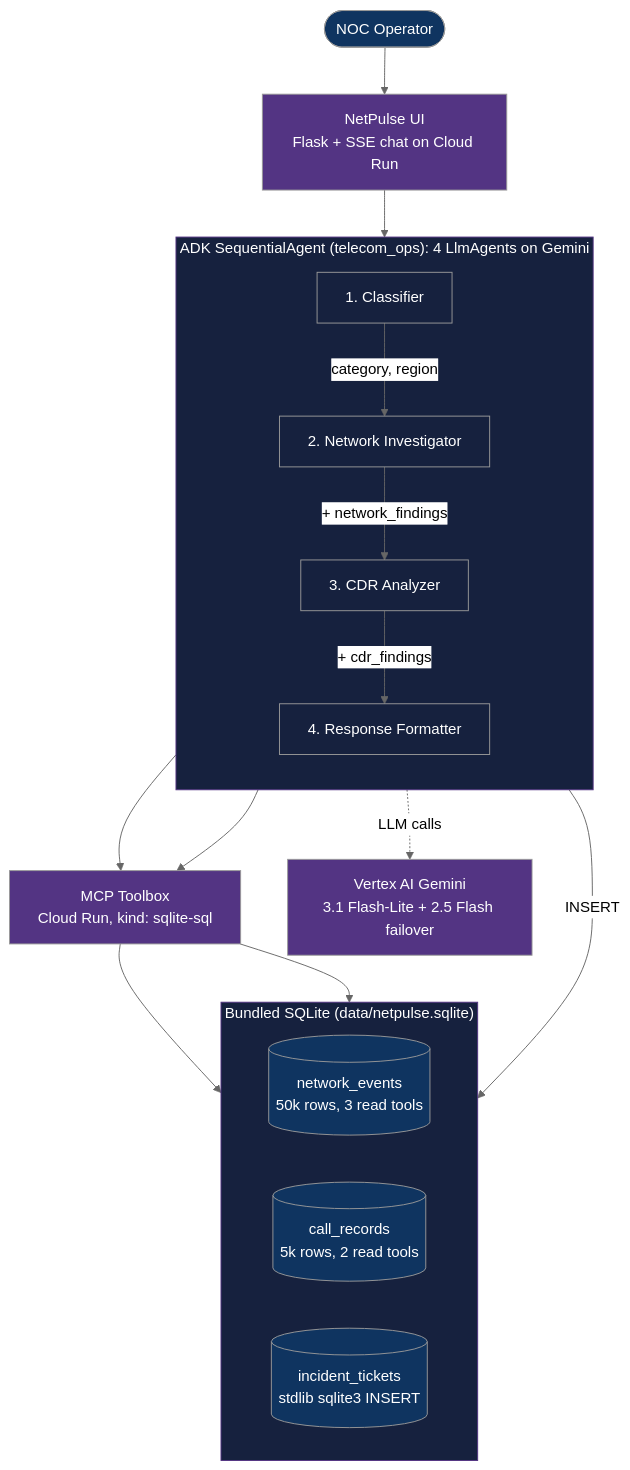
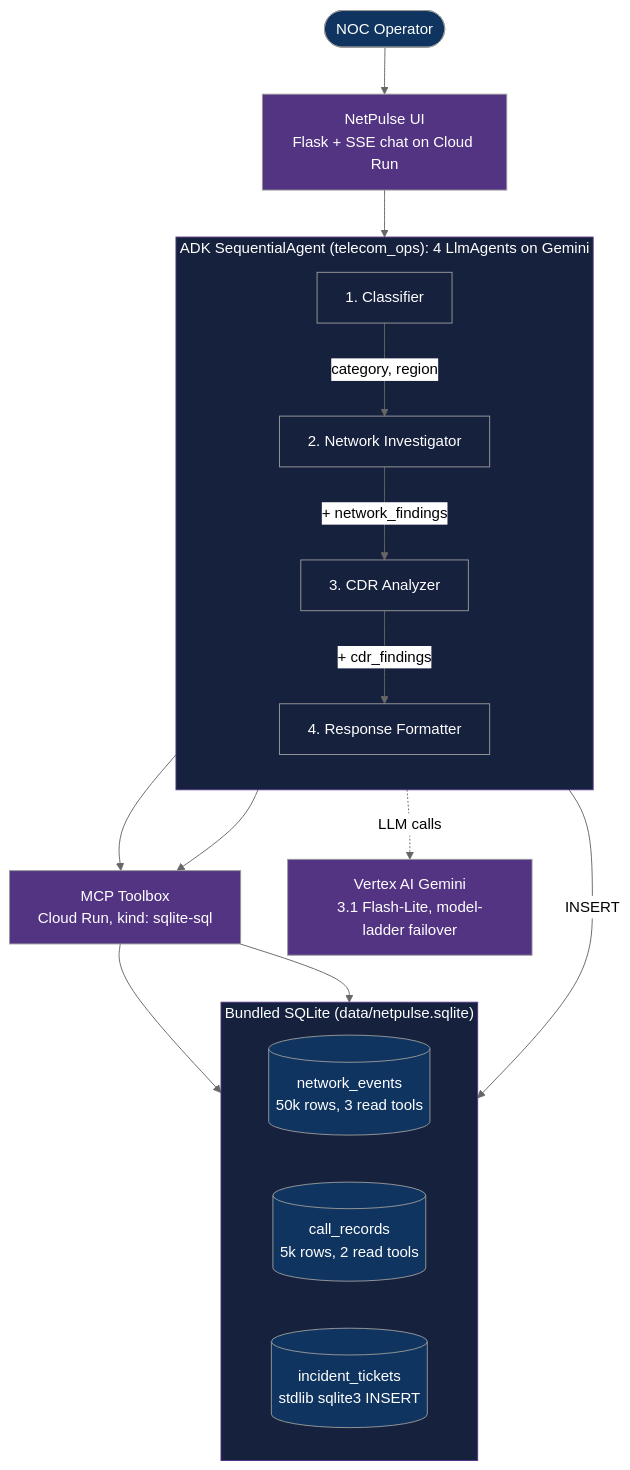
The diagram in README.md (adityonugrohoid/hackathon-telecom-ops), drawn with Mermaid (neutral theme) before and after one commit. The commit also changed other lines of this file and 6 other files, not shown here.

````diff
--- a/README.md
+++ b/README.md
@@ -72,47 +72,47 @@
 ```mermaid
 flowchart TB
     User(["NOC Operator"])
     UI["NetPulse UI<br/>Flask + SSE chat on Cloud Run"]
 
     subgraph ORCH["ADK SequentialAgent (telecom_ops): 4 LlmAgents on Gemini"]
         direction TB
         A1["1. Classifier"]
         A2["2. Network Investigator"]
         A3["3. CDR Analyzer"]
         A4["4. Response Formatter"]
         A1 -- "category, region" --> A2
         A2 -- "+ network_findings" --> A3
         A3 -- "+ cdr_findings" --> A4
     end
 
     MCP["MCP Toolbox<br/>Cloud Run, kind: sqlite-sql"]
 
     subgraph DATA["Bundled SQLite (data/netpulse.sqlite)"]
         direction LR
         SQ1[("network_events<br/>50k rows, 3 read tools")]
         SQ2[("call_records<br/>5k rows, 2 read tools")]
         SQ3[("incident_tickets<br/>stdlib sqlite3 INSERT")]
     end
 
-    Vertex["Vertex AI Gemini<br/>3.1 Flash-Lite + 2.5 Flash failover"]
+    Vertex["Vertex AI Gemini<br/>3.1 Flash-Lite, model-ladder failover"]
 
     User --> UI --> A1
     A2 --> MCP --> SQ1
     A3 --> MCP --> SQ2
     A4 -- "INSERT" --> SQ3
     ORCH -. "LLM calls" .-> Vertex
 
     style User fill:#0f3460,color:#fff
     style UI fill:#533483,color:#fff
     style A1 fill:#16213e,color:#fff
     style A2 fill:#16213e,color:#fff
     style A3 fill:#16213e,color:#fff
     style A4 fill:#16213e,color:#fff
     style MCP fill:#533483,color:#fff
     style SQ1 fill:#0f3460,color:#fff
     style SQ2 fill:#0f3460,color:#fff
     style SQ3 fill:#0f3460,color:#fff
     style Vertex fill:#533483,color:#fff
     style ORCH fill:#16213e,color:#fff,stroke:#533483
     style DATA fill:#16213e,color:#fff,stroke:#533483
 ```
````
